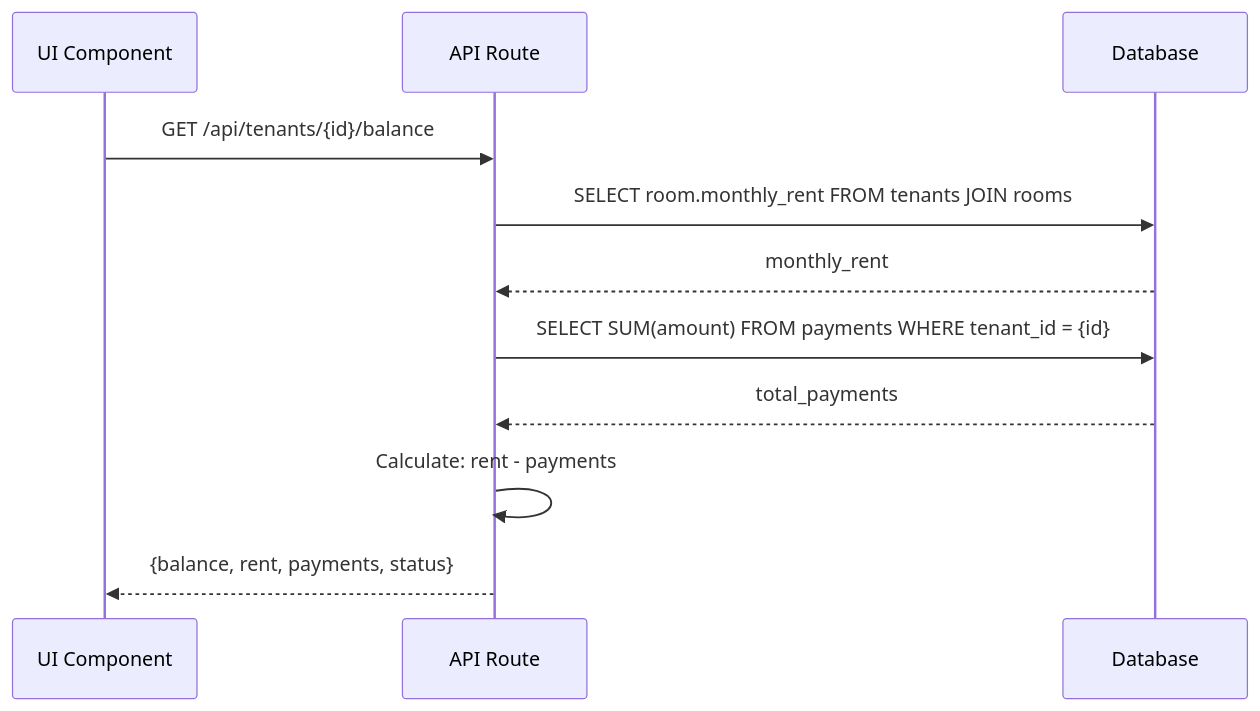
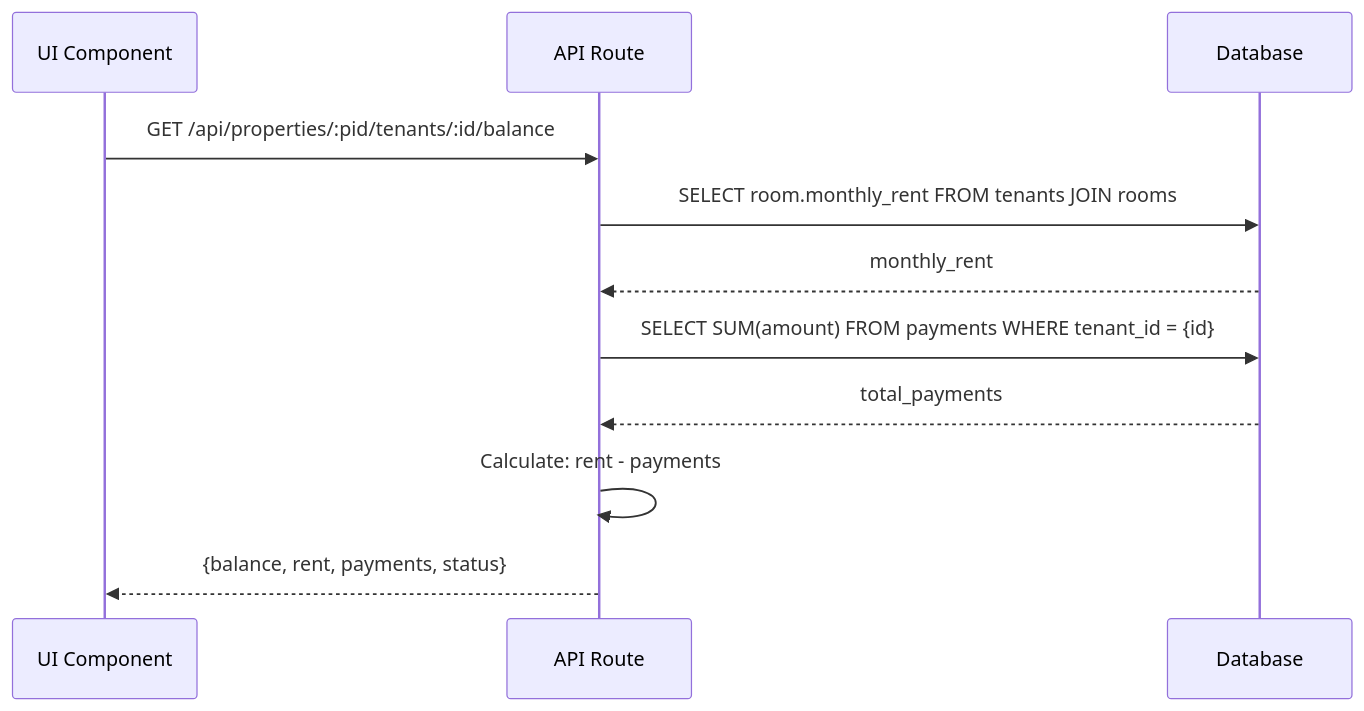
The second of 2 diagrams in specs/outstanding-balance/design.md (ahmadfadhil621/e-kost), drawn with Mermaid before and after one commit. The commit also changed other lines of this file and 14 other files, not shown here.

````diff
--- a/specs/outstanding-balance/design.md
+++ b/specs/outstanding-balance/design.md
@@ -41,14 +41,14 @@
 ```mermaid
 sequenceDiagram
     participant UI as UI Component
     participant API as API Route
     participant DB as Database
     
-    UI->>API: GET /api/tenants/{id}/balance
+    UI->>API: GET /api/properties/:pid/tenants/:id/balance
     API->>DB: SELECT room.monthly_rent FROM tenants JOIN rooms
     DB-->>API: monthly_rent
     API->>DB: SELECT SUM(amount) FROM payments WHERE tenant_id = {id}
     DB-->>API: total_payments
     API->>API: Calculate: rent - payments
     API-->>UI: {balance, rent, payments, status}
 ```
````
